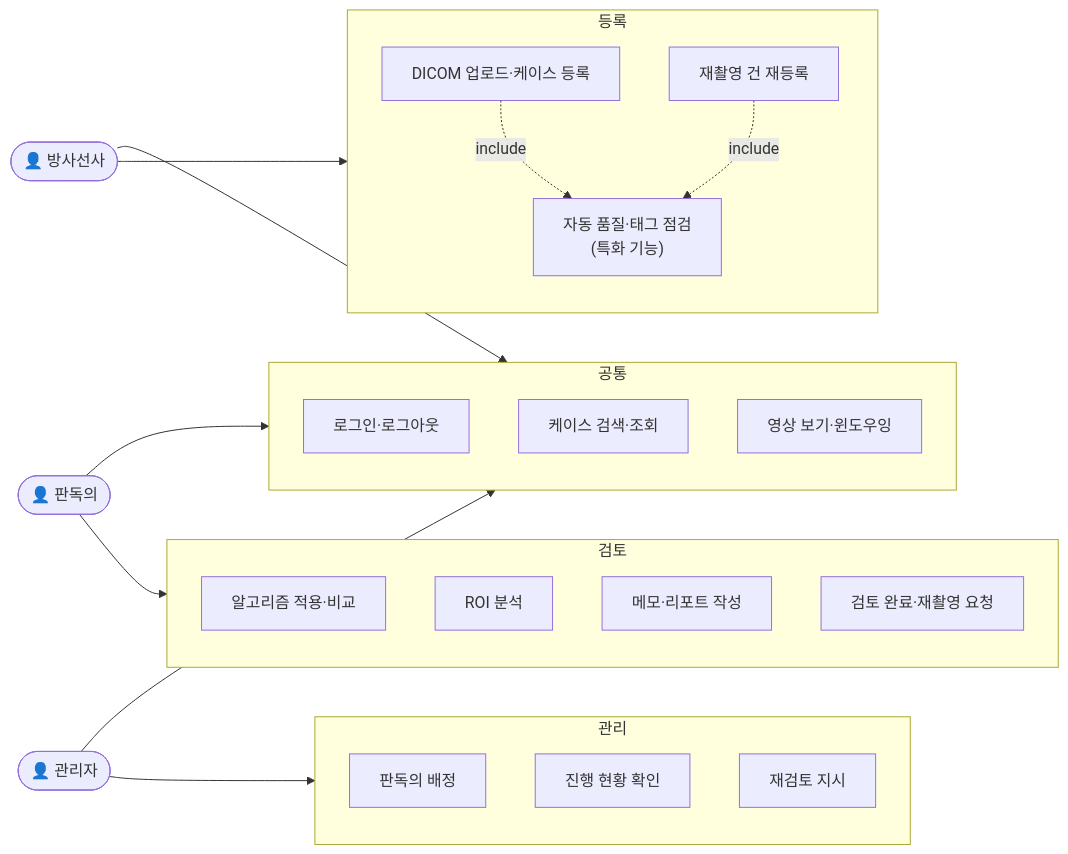
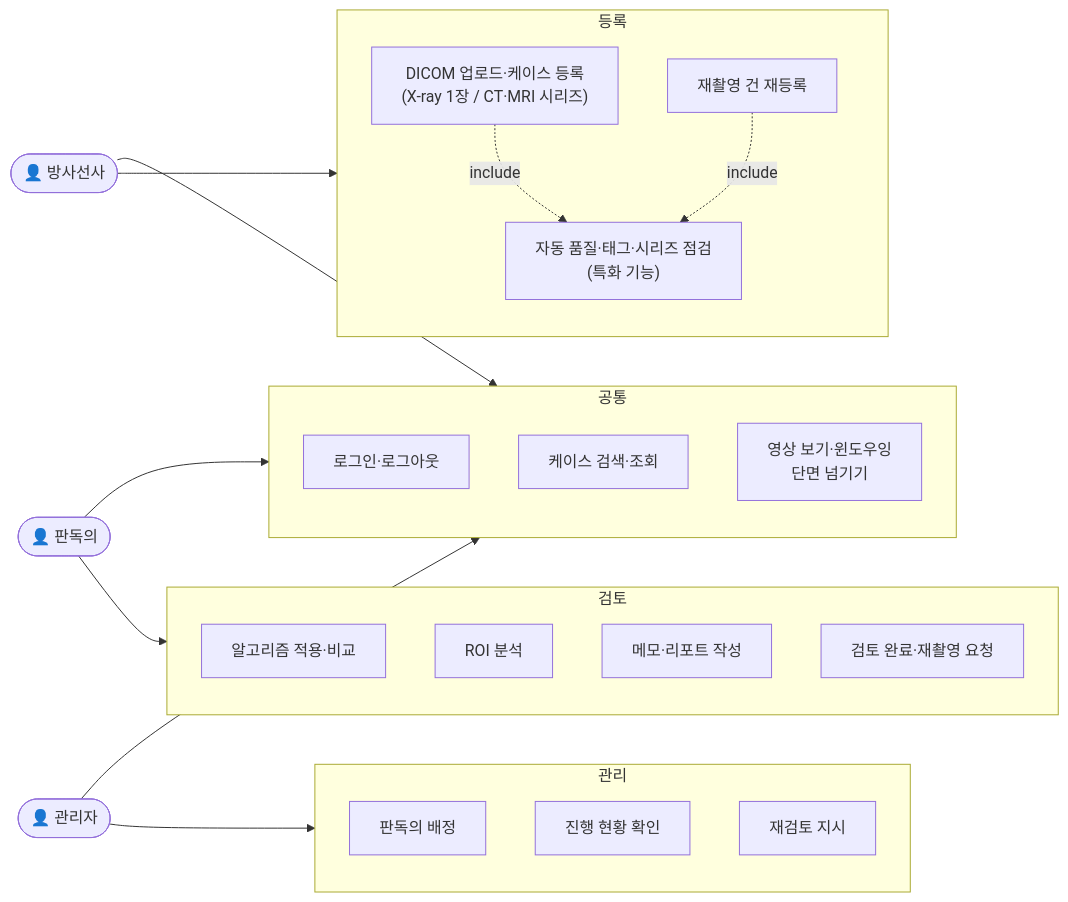
Before and after one commit to HyangnamDexter/Team_Project: the diagram in docs/requirements.md, drawn with Mermaid. The commit also changed other lines of this file and 8 other files, not shown here.

First line of the commit message:
feat: CT·MRI 시리즈 지원을 설계와 인터페이스에 반영

````diff
--- a/docs/requirements.md
+++ b/docs/requirements.md
@@ -120,40 +138,40 @@
 ```mermaid
 flowchart LR
     R(["👤 방사선사"])
     D(["👤 판독의"])
     M(["👤 관리자"])
 
     subgraph COMMON["공통"]
         UC1["로그인·로그아웃"]
         UC5["케이스 검색·조회"]
-        UC6["영상 보기·윈도우잉"]
+        UC6["영상 보기·윈도우잉<br/>단면 넘기기"]
     end
 
     subgraph REG["등록"]
-        UC2["DICOM 업로드·케이스 등록"]
-        UC3["자동 품질·태그 점검<br/>(특화 기능)"]
+        UC2["DICOM 업로드·케이스 등록<br/>(X-ray 1장 / CT·MRI 시리즈)"]
+        UC3["자동 품질·태그·시리즈 점검<br/>(특화 기능)"]
         UC4["재촬영 건 재등록"]
     end
 
     subgraph REVIEW["검토"]
         UC7["알고리즘 적용·비교"]
         UC8["ROI 분석"]
         UC9["메모·리포트 작성"]
         UC10["검토 완료·재촬영 요청"]
     end
 
     subgraph MANAGE["관리"]
         UC11["판독의 배정"]
         UC12["진행 현황 확인"]
         UC13["재검토 지시"]
     end
 
     R --> COMMON
     D --> COMMON
     M --> COMMON
     R --> REG
     D --> REVIEW
     M --> MANAGE
     UC2 -. "include" .-> UC3
     UC4 -. "include" .-> UC3
 ```
````
